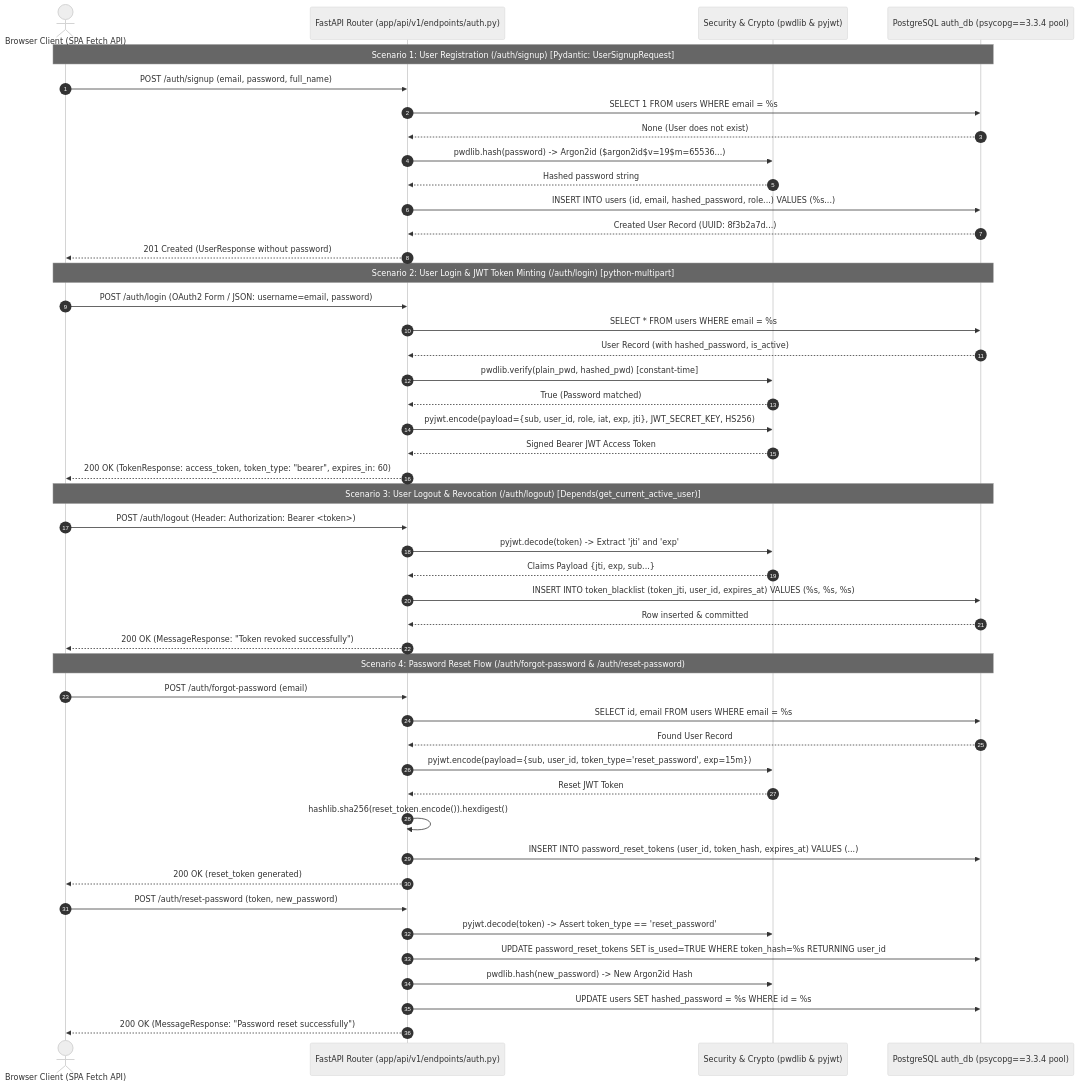
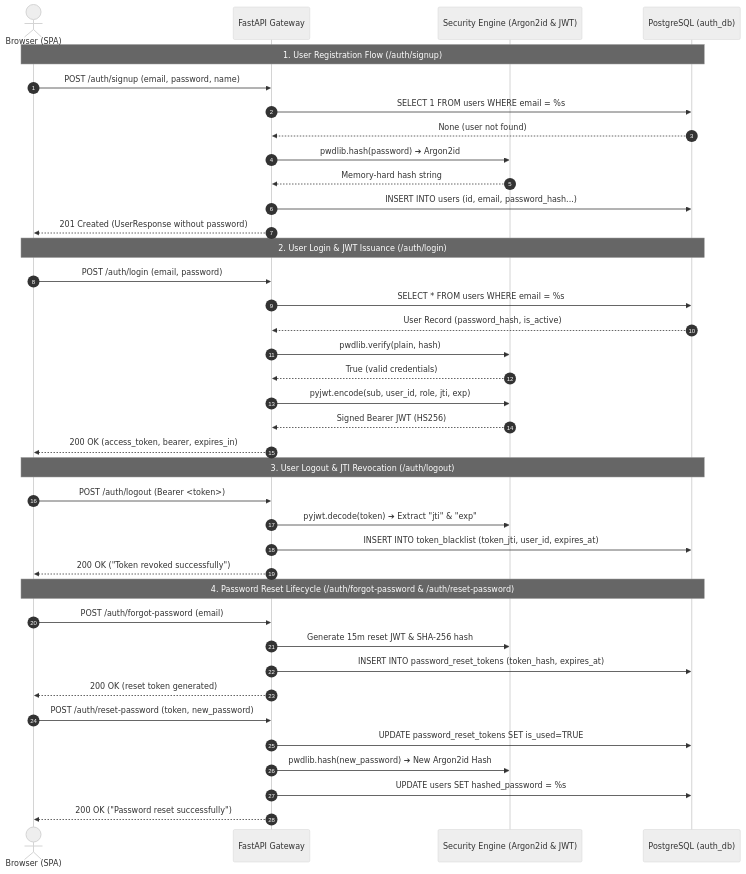
The second of 14 diagrams in README.md (ambideXtrous9/Langchain-Langgraph-Notebooks), drawn with Mermaid (neutral theme) before and after one commit. The commit also changed other lines of this file, not shown here.

Commit message:
docs(readme): thoroughly clean, simplify and standardize all 14 architecture and workflow diagrams

````diff
--- a/README.md
+++ b/README.md
@@ -155,52 +155,44 @@
 ```mermaid
 sequenceDiagram
     autonumber
-    actor Client as Browser Client (SPA Fetch API)
-    participant Gateway as FastAPI Router (app/api/v1/endpoints/auth.py)
-    participant Security as Security & Crypto (pwdlib & pyjwt)
-    participant AuthDB as PostgreSQL auth_db (psycopg==3.3.4 pool)
+    actor Client as Browser (SPA)
+    participant Gateway as FastAPI Gateway
+    participant Crypto as Security Engine (Argon2id & JWT)
+    participant AuthDB as PostgreSQL (auth_db)
 
-    Note over Client,AuthDB: Scenario 1: User Registration (/auth/signup) [Pydantic: UserSignupRequest]
-    Client->>Gateway: POST /auth/signup (email, password, full_name)
+    Note over Client,AuthDB: 1. User Registration Flow (/auth/signup)
+    Client->>Gateway: POST /auth/signup (email, password, name)
     Gateway->>AuthDB: SELECT 1 FROM users WHERE email = %s
-    AuthDB-->>Gateway: None (User does not exist)
-    Gateway->>Security: pwdlib.hash(password) -> Argon2id ($argon2id$v=19$m=65536...)
-    Security-->>Gateway: Hashed password string
-    Gateway->>AuthDB: INSERT INTO users (id, email, hashed_password, role...) VALUES (%s...)
-    AuthDB-->>Gateway: Created User Record (UUID: 8f3b2a7d...)
+    AuthDB-->>Gateway: None (user not found)
+    Gateway->>Crypto: pwdlib.hash(password) ➔ Argon2id
+    Crypto-->>Gateway: Memory-hard hash string
+    Gateway->>AuthDB: INSERT INTO users (id, email, password_hash...)
     Gateway-->>Client: 201 Created (UserResponse without password)
 
-    Note over Client,AuthDB: Scenario 2: User Login & JWT Token Minting (/auth/login) [python-multipart]
-    Client->>Gateway: POST /auth/login (OAuth2 Form / JSON: username=email, password)
+    Note over Client,AuthDB: 2. User Login & JWT Issuance (/auth/login)
+    Client->>Gateway: POST /auth/login (email, password)
     Gateway->>AuthDB: SELECT * FROM users WHERE email = %s
-    AuthDB-->>Gateway: User Record (with hashed_password, is_active)
-    Gateway->>Security: pwdlib.verify(plain_pwd, hashed_pwd) [constant-time]
-    Security-->>Gateway: True (Password matched)
-    Gateway->>Security: pyjwt.encode(payload={sub, user_id, role, iat, exp, jti}, JWT_SECRET_KEY, HS256)
-    Security-->>Gateway: Signed Bearer JWT Access Token
-    Gateway-->>Client: 200 OK (TokenResponse: access_token, token_type: "bearer", expires_in: 60)
+    AuthDB-->>Gateway: User Record (password_hash, is_active)
+    Gateway->>Crypto: pwdlib.verify(plain, hash)
+    Crypto-->>Gateway: True (valid credentials)
+    Gateway->>Crypto: pyjwt.encode(sub, user_id, role, jti, exp)
+    Crypto-->>Gateway: Signed Bearer JWT (HS256)
+    Gateway-->>Client: 200 OK (access_token, bearer, expires_in)
 
-    Note over Client,AuthDB: Scenario 3: User Logout & Revocation (/auth/logout) [Depends(get_current_active_user)]
-    Client->>Gateway: POST /auth/logout (Header: Authorization: Bearer <token>)
-    Gateway->>Security: pyjwt.decode(token) -> Extract 'jti' and 'exp'
-    Security-->>Gateway: Claims Payload {jti, exp, sub...}
-    Gateway->>AuthDB: INSERT INTO token_blacklist (token_jti, user_id, expires_at) VALUES (%s, %s, %s)
-    AuthDB-->>Gateway: Row inserted & committed
-    Gateway-->>Client: 200 OK (MessageResponse: "Token revoked successfully")
+    Note over Client,AuthDB: 3. User Logout & JTI Revocation (/auth/logout)
+    Client->>Gateway: POST /auth/logout (Bearer <token>)
+    Gateway->>Crypto: pyjwt.decode(token) ➔ Extract "jti" & "exp"
+    Gateway->>AuthDB: INSERT INTO token_blacklist (token_jti, user_id, expires_at)
+    Gateway-->>Client: 200 OK ("Token revoked successfully")
 
-    Note over Client,AuthDB: Scenario 4: Password Reset Flow (/auth/forgot-password & /auth/reset-password)
+    Note over Client,AuthDB: 4. Password Reset Lifecycle (/auth/forgot-password & /auth/reset-password)
     Client->>Gateway: POST /auth/forgot-password (email)
-    Gateway->>AuthDB: SELECT id, email FROM users WHERE email = %s
-    AuthDB-->>Gateway: Found User Record
-    Gateway->>Security: pyjwt.encode(payload={sub, user_id, token_type='reset_password', exp=15m})
-    Security-->>Gateway: Reset JWT Token
-    Gateway->>Gateway: hashlib.sha256(reset_token.encode()).hexdigest()
-    Gateway->>AuthDB: INSERT INTO password_reset_tokens (user_id, token_hash, expires_at) VALUES (...)
-    Gateway-->>Client: 200 OK (reset_token generated)
+    Gateway->>Crypto: Generate 15m reset JWT & SHA-256 hash
+    Gateway->>AuthDB: INSERT INTO password_reset_tokens (token_hash, expires_at)
+    Gateway-->>Client: 200 OK (reset token generated)
     Client->>Gateway: POST /auth/reset-password (token, new_password)
-    Gateway->>Security: pyjwt.decode(token) -> Assert token_type == 'reset_password'
-    Gateway->>AuthDB: UPDATE password_reset_tokens SET is_used=TRUE WHERE token_hash=%s RETURNING user_id
-    Gateway->>Security: pwdlib.hash(new_password) -> New Argon2id Hash
-    Gateway->>AuthDB: UPDATE users SET hashed_password = %s WHERE id = %s
-    Gateway-->>Client: 200 OK (MessageResponse: "Password reset successfully")
+    Gateway->>AuthDB: UPDATE password_reset_tokens SET is_used=TRUE
+    Gateway->>Crypto: pwdlib.hash(new_password) ➔ New Argon2id Hash
+    Gateway->>AuthDB: UPDATE users SET hashed_password = %s
+    Gateway-->>Client: 200 OK ("Password reset successfully")
 ```
````
